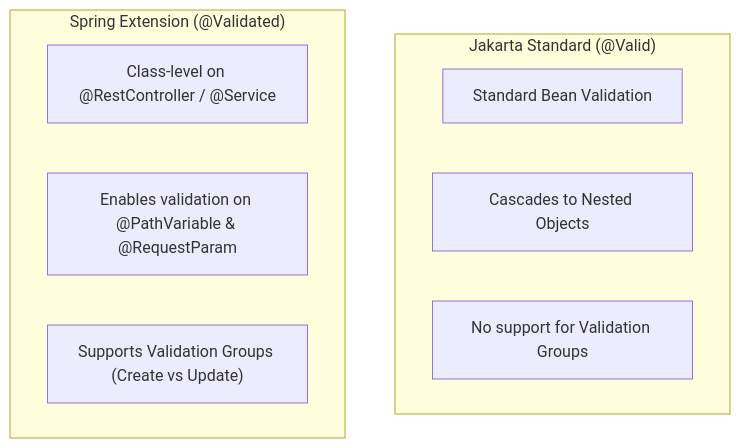
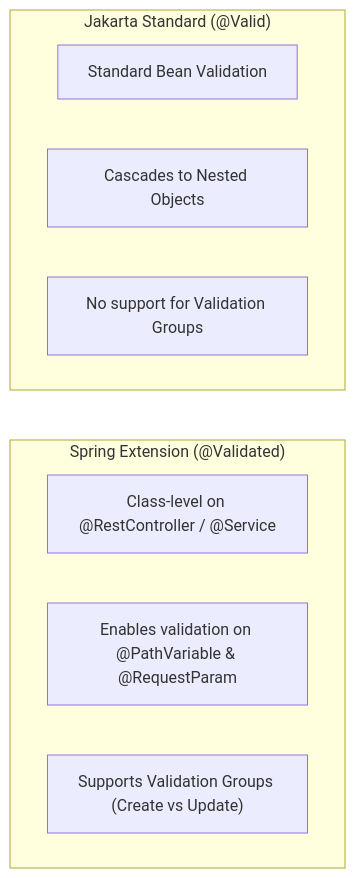
The second of 4 diagrams in docs/lessons/0008-spring-bean-validation.md (Rohit1024/spring-boot-mastery), drawn with Mermaid before and after one commit. The commit also changed other lines of this file and 42 other files, not shown here.

````diff
--- a/docs/lessons/0008-spring-bean-validation.md
+++ b/docs/lessons/0008-spring-bean-validation.md
@@ -72,14 +72,16 @@
 ``` mermaid
 flowchart TD
     subgraph Jakarta["Jakarta Standard (@Valid)"]
         V1["Standard Bean Validation"]
         V2["Cascades to Nested Objects"]
         V3["No support for Validation Groups"]
     end
 
     subgraph Spring["Spring Extension (@Validated)"]
         S1["Class-level on @RestController / @Service"]
         S2["Enables validation on @PathVariable & @RequestParam"]
         S3["Supports Validation Groups (Create vs Update)"]
     end
+
+    Jakarta ~~~ Spring
 ```
````
